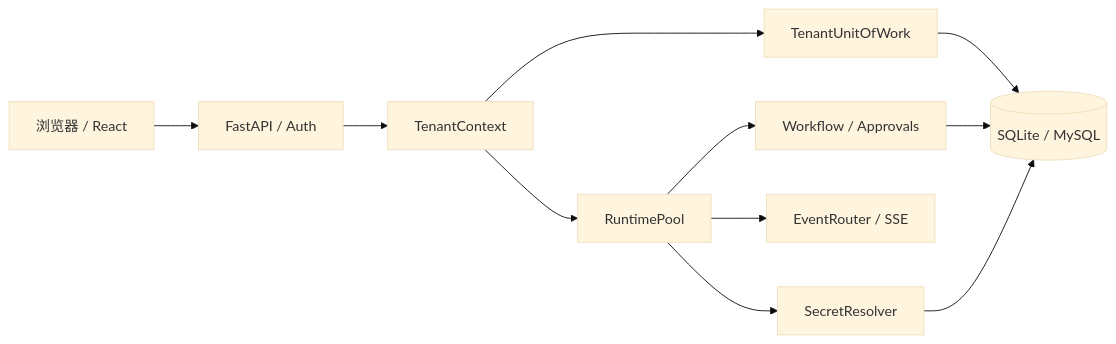
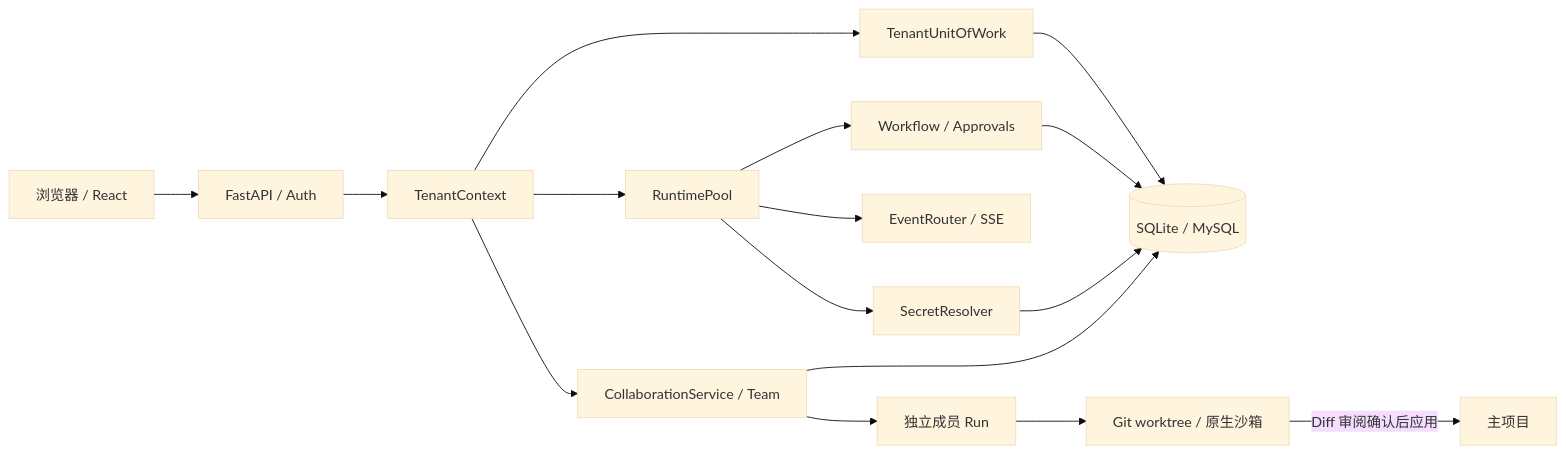
The diagram in README.md (jackgogo360/MultiClaw), drawn with Mermaid (base theme) before and after one commit. The commit also changed other lines of this file and 5 other files, not shown here.

First line of the commit message:
docs: refresh README with capability and architecture visuals

````diff
--- a/README.md
+++ b/README.md
@@ -110,13 +119,18 @@
 ```mermaid
 flowchart LR
     Browser[浏览器 / React] --> API[FastAPI / Auth]
     API --> Context[TenantContext]
     Context --> UOW[TenantUnitOfWork]
     Context --> Pool[RuntimePool]
     UOW --> DB[(SQLite / MySQL)]
     Pool --> Workflow[Workflow / Approvals]
     Pool --> Events[EventRouter / SSE]
     Pool --> Secrets[SecretResolver]
     Workflow --> DB
     Secrets --> DB
+    Context --> Collaboration[CollaborationService / Team]
+    Collaboration --> Members[独立成员 Run]
+    Collaboration --> DB
+    Members --> Isolated[Git worktree / 原生沙箱]
+    Isolated -->|Diff 审阅确认后应用| Project[主项目]
 ```
````
